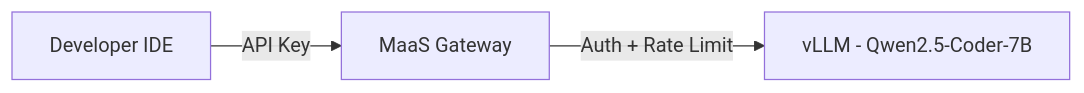
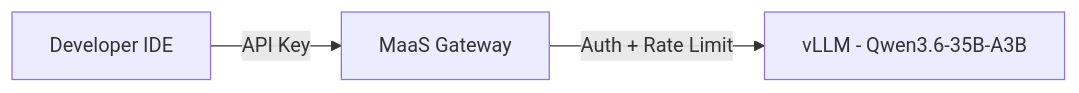
Before and after one commit to hyogrin/rhoai-coding-assistant-lab: the second of 2 diagrams in README.md, drawn with Mermaid. The commit also changed other lines of this file and 8 other files, not shown here.

````diff
--- a/README.md
+++ b/README.md
@@ -58,5 +59,5 @@
 ```mermaid
 flowchart LR
     IDE[Developer IDE] -->|API Key| GW[MaaS Gateway]
-    GW -->|Auth + Rate Limit| Model[vLLM - Qwen2.5-Coder-7B]
+    GW -->|Auth + Rate Limit| Model[vLLM - Qwen3.6-35B-A3B]
 ```
````
